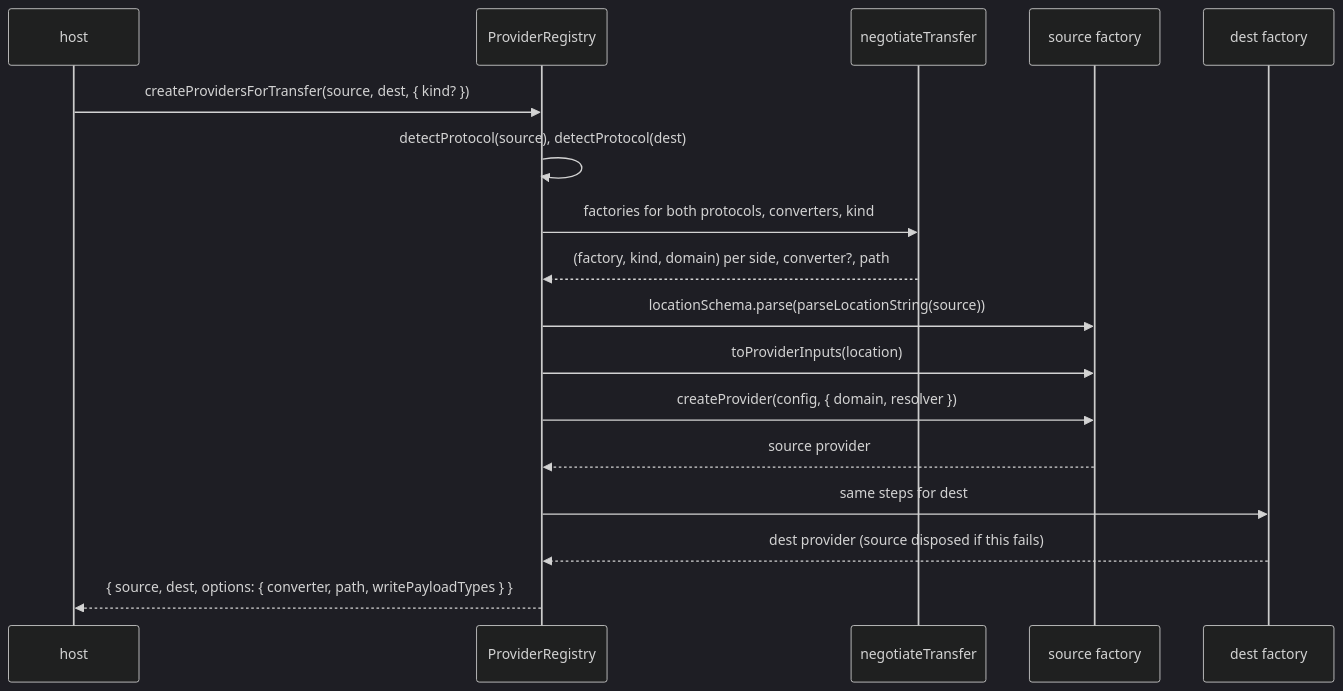
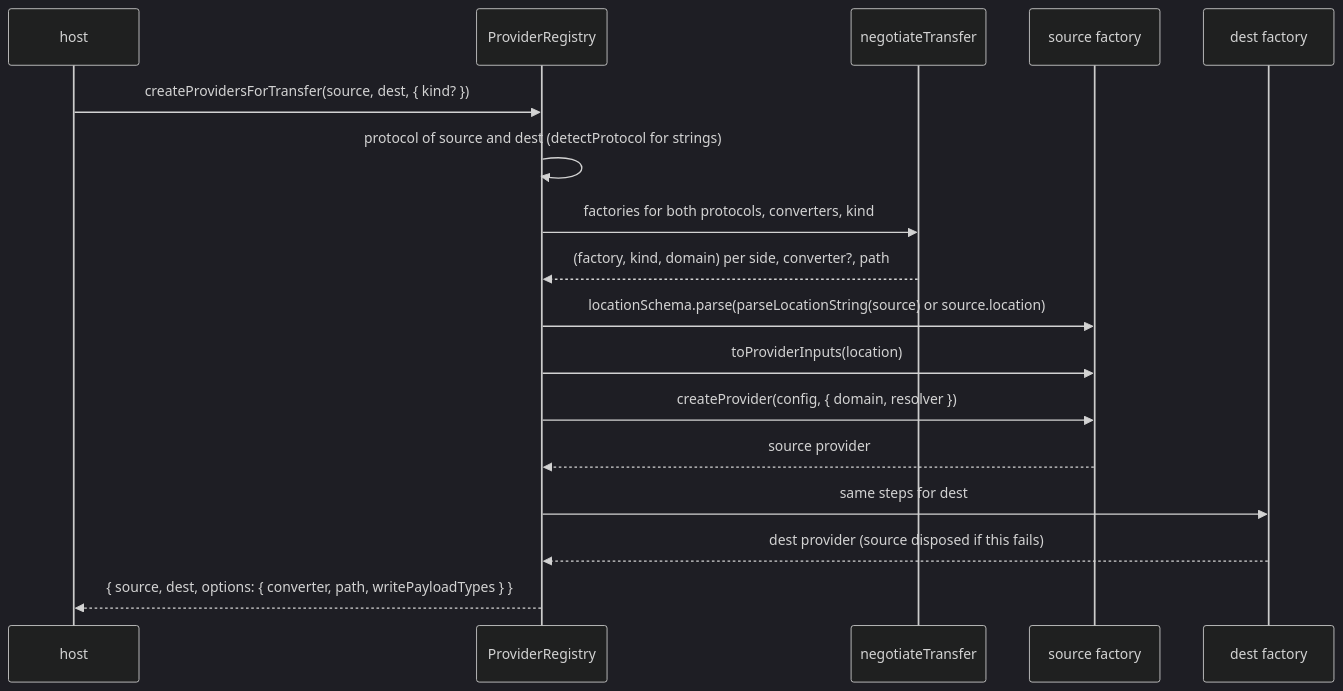
The seventh of 7 diagrams in README/implementation-details.md (flowscripter/pluggable-io-framework), drawn with Mermaid (dark theme) before and after one commit. The commit also changed other lines of this file and 13 other files, not shown here.

````diff
--- a/README/implementation-details.md
+++ b/README/implementation-details.md
@@ -358,19 +361,19 @@
 ```mermaid
 sequenceDiagram
     participant H as host
     participant R as ProviderRegistry
     participant N as negotiateTransfer
     participant SF as source factory
     participant DF as dest factory
     H->>R: createProvidersForTransfer(source, dest, { kind? })
-    R->>R: detectProtocol(source), detectProtocol(dest)
+    R->>R: protocol of source and dest (detectProtocol for strings)
     R->>N: factories for both protocols, converters, kind
     N-->>R: (factory, kind, domain) per side, converter?, path
-    R->>SF: locationSchema.parse(parseLocationString(source))
+    R->>SF: locationSchema.parse(parseLocationString(source) or source.location)
     R->>SF: toProviderInputs(location)
     R->>SF: createProvider(config, { domain, resolver })
     SF-->>R: source provider
     R->>DF: same steps for dest
     DF-->>R: dest provider (source disposed if this fails)
     R-->>H: { source, dest, options: { converter, path, writePayloadTypes } }
 ```
````
